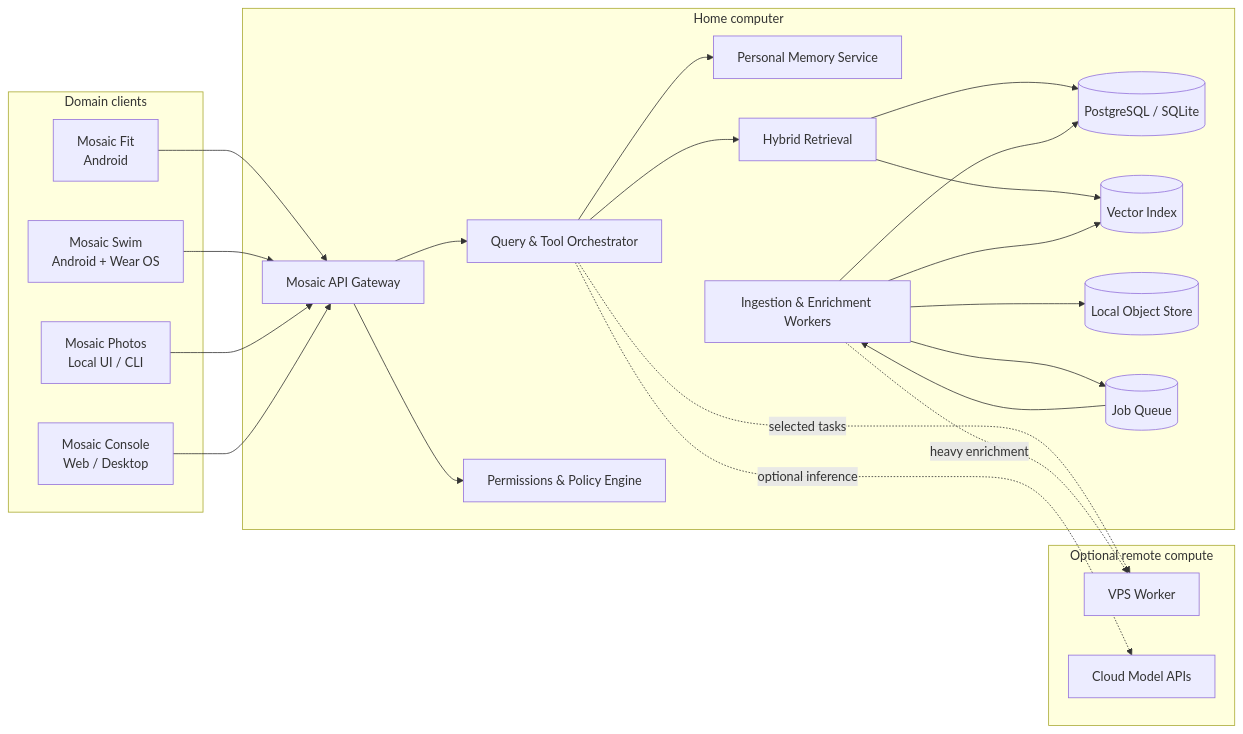
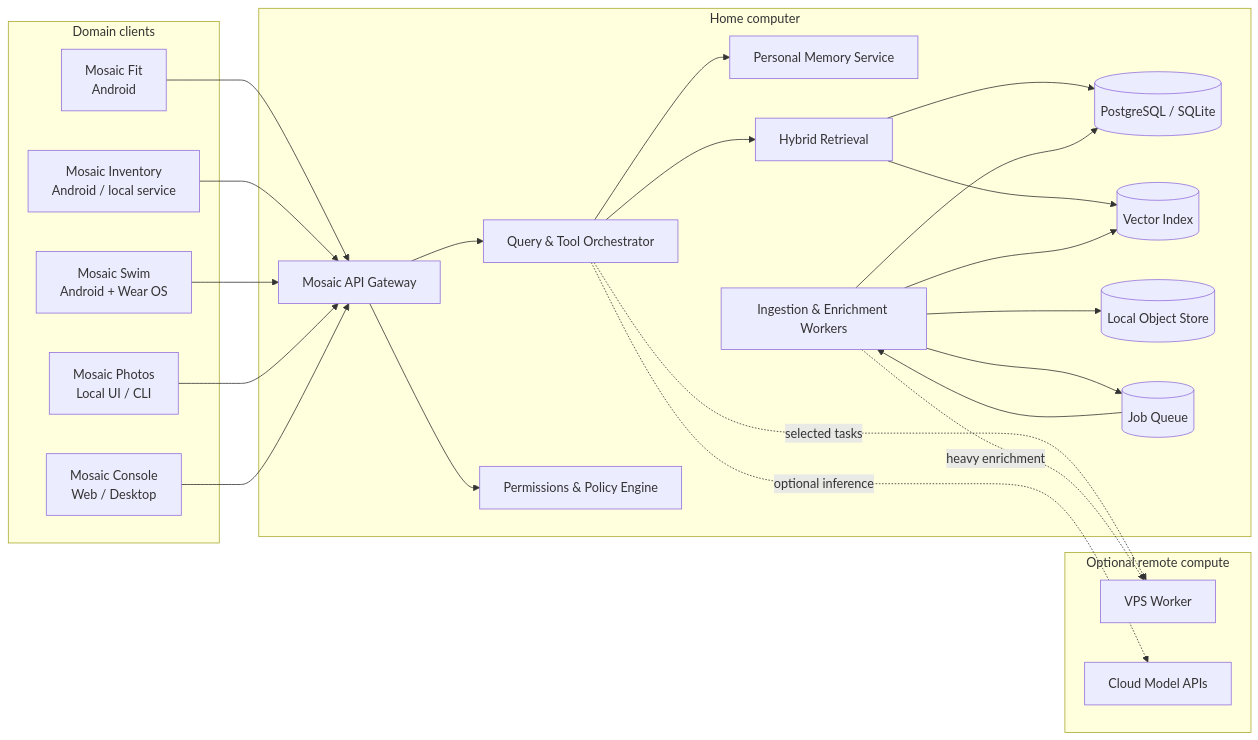
The diagram in docs/architecture/SYSTEM_ARCHITECTURE.md (adarcook/mosaic-docs), drawn with Mermaid before and after one commit. The commit also changed other lines of this file, not shown here.

Commit message:
Add Mosaic Inventory to system architecture

````diff
--- a/docs/architecture/SYSTEM_ARCHITECTURE.md
+++ b/docs/architecture/SYSTEM_ARCHITECTURE.md
@@ -30,48 +30,50 @@
 ```mermaid
 flowchart LR
     subgraph Clients[Domain clients]
         Fit[Mosaic Fit\nAndroid]
+        Inventory[Mosaic Inventory\nAndroid / local service]
         Swim[Mosaic Swim\nAndroid + Wear OS]
         Photos[Mosaic Photos\nLocal UI / CLI]
         Web[Mosaic Console\nWeb / Desktop]
     end
 
     subgraph Home[Home computer]
         Gateway[Mosaic API Gateway]
         Orchestrator[Query & Tool Orchestrator]
         Memory[Personal Memory Service]
         Ingestion[Ingestion & Enrichment Workers]
         Search[Hybrid Retrieval]
         Policy[Permissions & Policy Engine]
         SQL[(PostgreSQL / SQLite)]
         Vector[(Vector Index)]
         Objects[(Local Object Store)]
         Queue[(Job Queue)]
     end
 
     subgraph Optional[Optional remote compute]
         VPS[VPS Worker]
         CloudLLM[Cloud Model APIs]
     end
 
     Fit --> Gateway
+    Inventory --> Gateway
     Swim --> Gateway
     Photos --> Gateway
     Web --> Gateway
 
     Gateway --> Policy
     Gateway --> Orchestrator
     Orchestrator --> Search
     Orchestrator --> Memory
     Search --> SQL
     Search --> Vector
     Ingestion --> SQL
     Ingestion --> Vector
     Ingestion --> Objects
     Ingestion --> Queue
     Queue --> Ingestion
 
     Orchestrator -. selected tasks .-> VPS
     Orchestrator -. optional inference .-> CloudLLM
     Ingestion -. heavy enrichment .-> VPS
 ```
````
